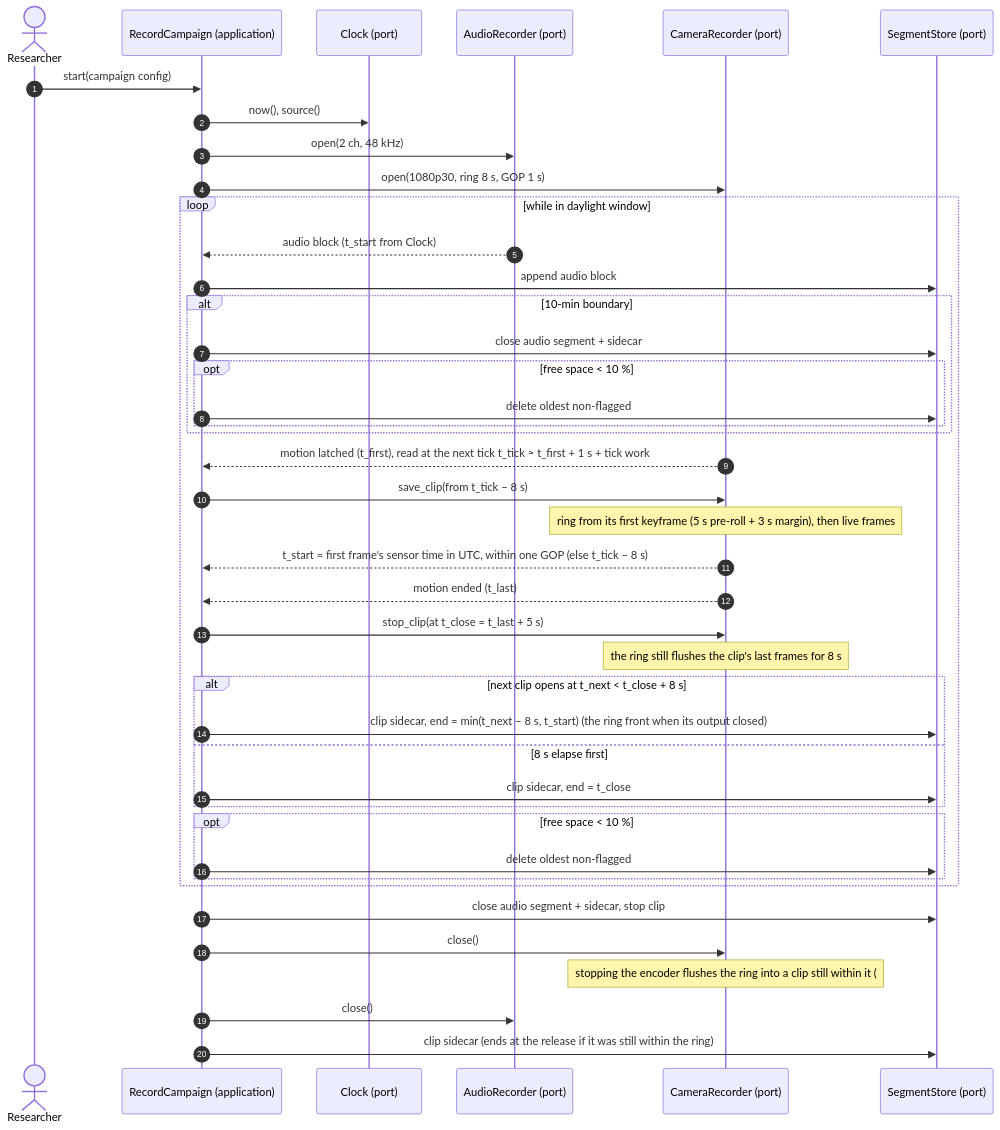
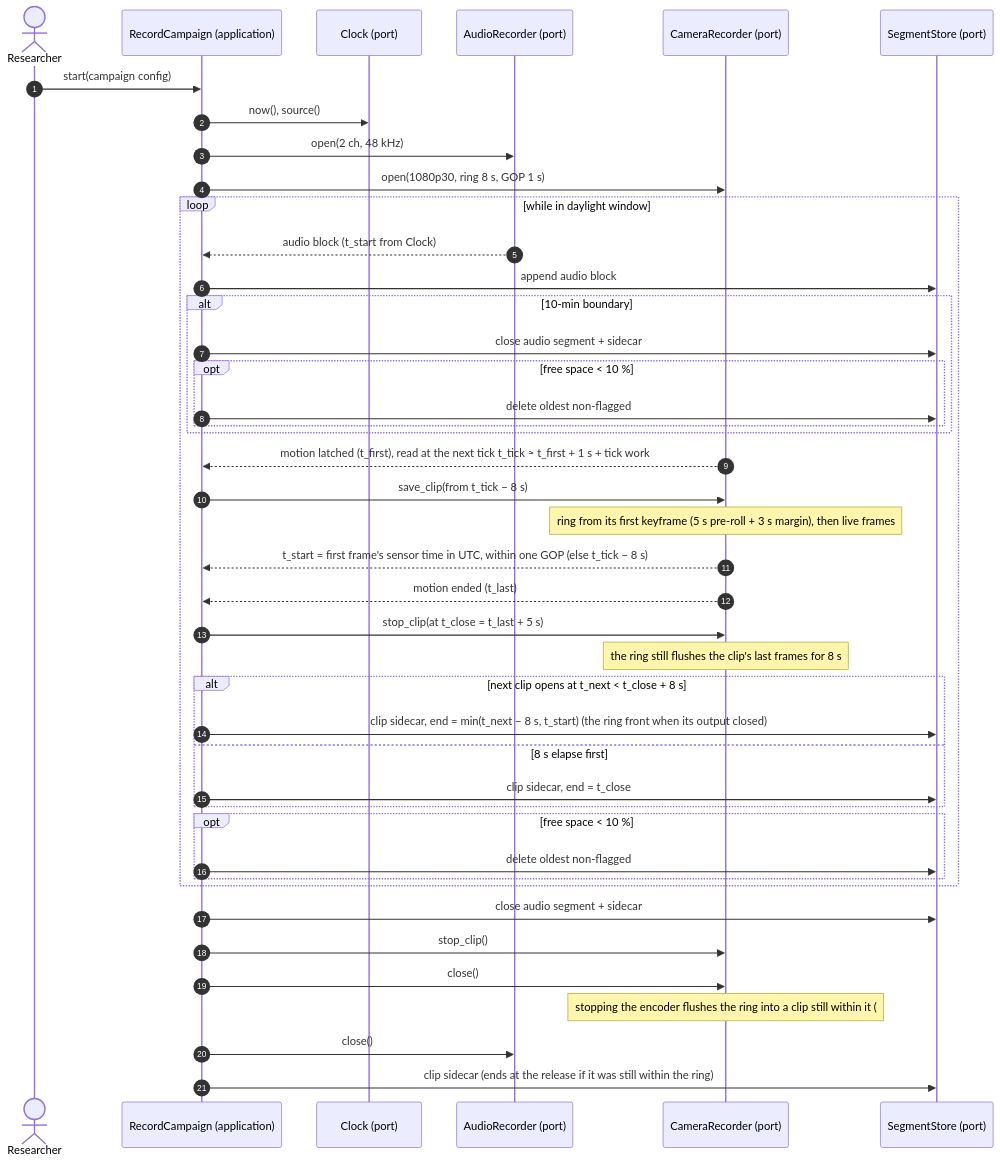
One commit to benoit-bremaud/aristech changed the diagram in docs/architecture/diagrams/capture-rig/02-sequence-recording.md. Above: the diagram before and after it, drawn with Mermaid. The commit also changed other lines of this file and 5 other files, not shown here.

````diff
--- a/docs/architecture/diagrams/capture-rig/02-sequence-recording.md
+++ b/docs/architecture/diagrams/capture-rig/02-sequence-recording.md
@@ -15,45 +15,46 @@
 ```mermaid
 sequenceDiagram
     autonumber
     actor R as Researcher
     participant UC as RecordCampaign (application)
     participant CK as Clock (port)
     participant AU as AudioRecorder (port)
     participant CA as CameraRecorder (port)
     participant ST as SegmentStore (port)
 
     R->>UC: start(campaign config)
     UC->>CK: now(), source()
     UC->>AU: open(2 ch, 48 kHz)
     UC->>CA: open(1080p30, ring 8 s, GOP 1 s)
     loop while in daylight window
         AU-->>UC: audio block (t_start from Clock)
         UC->>ST: append audio block
         alt 10-min boundary
             UC->>ST: close audio segment + sidecar
             opt free space < 10 %
                 UC->>ST: delete oldest non-flagged
             end
         end
         CA-->>UC: motion latched (t_first), read at the next tick t_tick ≈ t_first + 1 s + tick work
         UC->>CA: save_clip(from t_tick − 8 s)
         Note over CA: ring from its first keyframe (5 s pre-roll + 3 s margin), then live frames
         CA-->>UC: t_start = first frame's sensor time in UTC, within one GOP (else t_tick − 8 s)
         CA-->>UC: motion ended (t_last)
         UC->>CA: stop_clip(at t_close = t_last + 5 s)
         Note over CA: the ring still flushes the clip's last frames for 8 s
         alt next clip opens at t_next < t_close + 8 s
             UC->>ST: clip sidecar, end = min(t_next − 8 s, t_start) (the ring front when its output closed)
         else 8 s elapse first
             UC->>ST: clip sidecar, end = t_close
         end
         opt free space < 10 %
             UC->>ST: delete oldest non-flagged
         end
     end
-    UC->>ST: close audio segment + sidecar, stop clip
+    UC->>ST: close audio segment + sidecar
+    UC->>CA: stop_clip()
     UC->>CA: close()
     Note over CA: stopping the encoder flushes the ring into a clip still within it (#180)
     UC->>AU: close()
     UC->>ST: clip sidecar (ends at the release if it was still within the ring)
 ```
````
